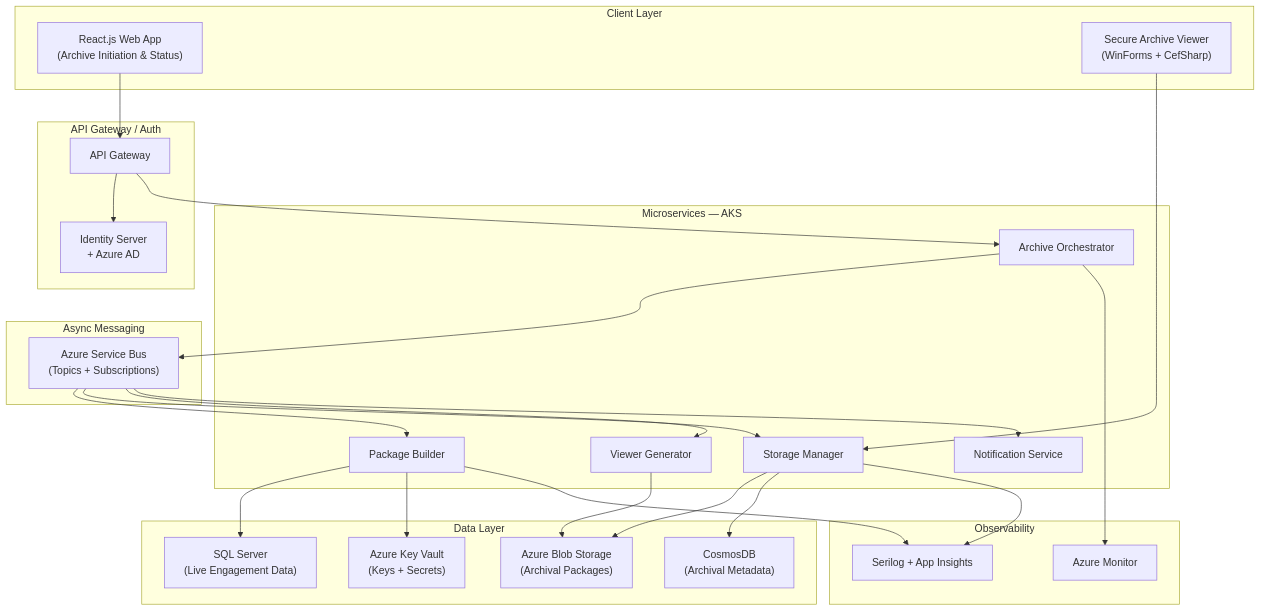
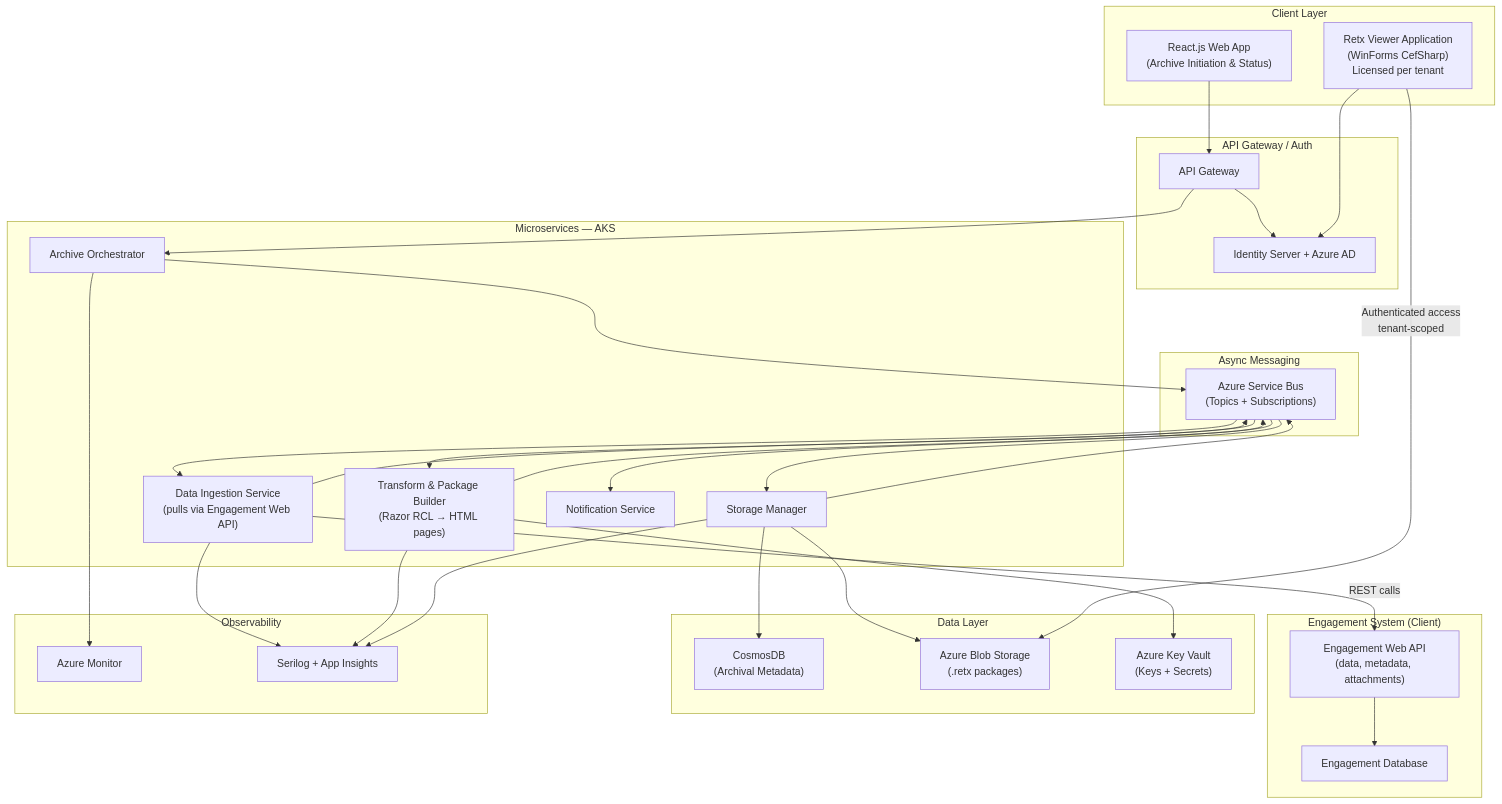
The first of 7 diagrams in case-studies/1. engagement-archiving-solution.md (anoopnadakkara/professional-profile), drawn with Mermaid before and after one commit. The commit also changed other lines of this file and 1 other file, not shown here.

Commit message:
update arcive structure and add timeline

````diff
--- a/case-studies/1. engagement-archiving-solution.md
+++ b/case-studies/1. engagement-archiving-solution.md
@@ -46,57 +49,69 @@
 ```mermaid
 graph TB
+    subgraph EngagementSystem["Engagement System (Client)"]
+        EngagementAPI["Engagement Web API\n(data, metadata, attachments)"]
+        EngagementDB["Engagement Database"]
+        EngagementAPI --> EngagementDB
+    end
+
     subgraph ClientLayer["Client Layer"]
-        WebApp["React.js Web App<br/>(Archive Initiation & Status)"]
-        Viewer["Secure Archive Viewer<br/>(WinForms + CefSharp)"]
+        WebApp["React.js Web App\n(Archive Initiation & Status)"]
+        ViewerApp["Retx Viewer Application\n(WinForms  CefSharp)\nLicensed per tenant"]
     end
 
     subgraph APIGateway["API Gateway / Auth"]
         Gateway["API Gateway"]
-        IdSrv["Identity Server<br/>+ Azure AD"]
+        IdSrv["Identity Server + Azure AD"]
     end
 
     subgraph Microservices["Microservices — AKS"]
         ArchiveSvc["Archive Orchestrator"]
-        PackageSvc["Package Builder"]
+        IngestionSvc["Data Ingestion Service\n(pulls via Engagement Web API)"]
+        TransformSvc["Transform & Package Builder\n(Razor RCL → HTML pages)"]
         StorageSvc["Storage Manager"]
-        ViewerSvc["Viewer Generator"]
         NotifySvc["Notification Service"]
     end
 
     subgraph Messaging["Async Messaging"]
-        SvcBus["Azure Service Bus<br/>(Topics + Subscriptions)"]
+        SvcBus["Azure Service Bus\n(Topics + Subscriptions)"]
     end
 
     subgraph DataLayer["Data Layer"]
-        SqlDB["SQL Server<br/>(Live Engagement Data)"]
-        CosmosDB["CosmosDB<br/>(Archival Metadata)"]
-        BlobStorage["Azure Blob Storage<br/>(Archival Packages)"]
-        KeyVault["Azure Key Vault<br/>(Keys + Secrets)"]
+        CosmosDB["CosmosDB\n(Archival Metadata)"]
+        BlobStorage["Azure Blob Storage\n(.retx packages)"]
+        KeyVault["Azure Key Vault\n(Keys + Secrets)"]
     end
 
     subgraph Observability["Observability"]
         Monitor["Azure Monitor"]
         Serilog["Serilog + App Insights"]
     end
 
     WebApp --> Gateway
-    Viewer --> StorageSvc
     Gateway --> IdSrv
     Gateway --> ArchiveSvc
 
     ArchiveSvc --> SvcBus
-    SvcBus --> PackageSvc
+    SvcBus --> IngestionSvc
+    IngestionSvc -->|REST calls| EngagementAPI
+    IngestionSvc --> SvcBus
+
+    SvcBus --> TransformSvc
+    TransformSvc --> KeyVault
+    TransformSvc --> SvcBus
+
     SvcBus --> StorageSvc
-    SvcBus --> ViewerSvc
+    StorageSvc --> BlobStorage
+    StorageSvc --> CosmosDB
+    StorageSvc --> SvcBus
+
     SvcBus --> NotifySvc
 
-    PackageSvc --> SqlDB
-    PackageSvc --> KeyVault
-    StorageSvc --> BlobStorage
-    StorageSvc --> CosmosDB
-    ViewerSvc --> BlobStorage
+    ViewerApp -->|Authenticated access\n tenant-scoped| BlobStorage
+    ViewerApp --> IdSrv
 
     ArchiveSvc --> Monitor
-    PackageSvc --> Serilog
+    IngestionSvc --> Serilog
+    TransformSvc --> Serilog
     StorageSvc --> Serilog
 ```
````
